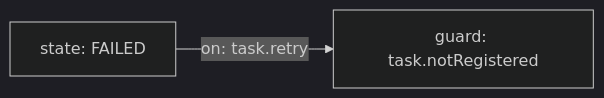
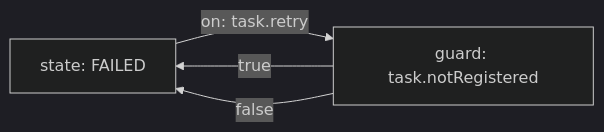
The fifth of 7 diagrams in docs/architecture-v2.md (lalalic/agents-relay), drawn with Mermaid (dark theme) before and after one commit. The commit also changed other lines of this file and 2 other files, not shown here.

Commit message:
feat: enforce v2 graph dispatch boundary

````diff
--- a/docs/architecture-v2.md
+++ b/docs/architecture-v2.md
@@ -262,6 +259,9 @@
 ```mermaid
 flowchart LR
 %% relay: initial failed
 failed["state: FAILED"]
-failed -->|on: task.retry| retryable["guard: task.notRegistered"]
+retryable["guard: task.notRegistered"]
+failed -->|on: task.retry| retryable
+retryable -->|true| failed
+retryable -->|false| failed
 ```
````
